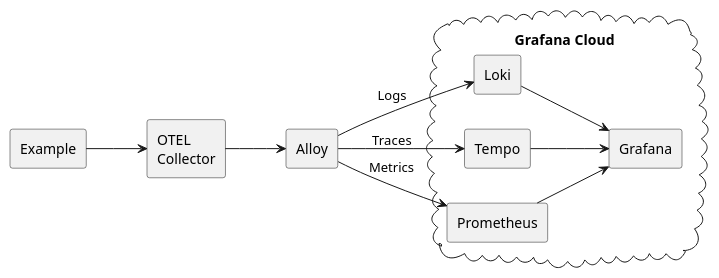
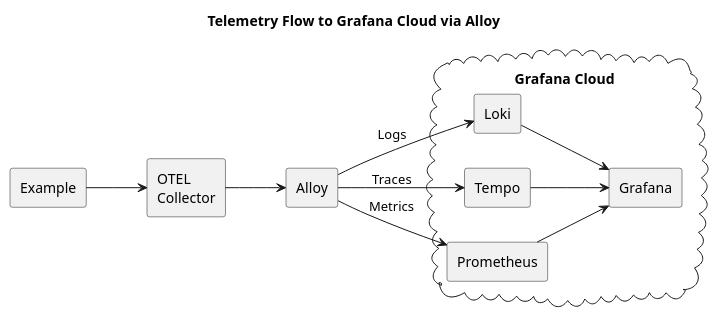
One commit to yolkhovyy/go-otelw changed the diagram in docs/diagrams/grafana-cloud-alloy.puml. Above: the diagram before and after it, drawn with PlantUML. The commit also changed 11 other files, not shown here.

Commit message:
Update diagrams

```diff
--- a/docs/diagrams/grafana-cloud-alloy.puml
+++ b/docs/diagrams/grafana-cloud-alloy.puml
@@ -1,23 +1,24 @@
 @startuml grafana-cloud-alloy
+title Telemetry Flow to Grafana Cloud via Alloy
 left to right direction
 
 agent Example as EX
 agent "OTEL\nCollector" as OC
 agent Alloy as ALY
 cloud "Grafana Cloud" {
     agent Loki
     agent Tempo
     agent Prometheus
     agent Grafana
 }
 
 EX --> OC
 OC --> ALY
 ALY --> Loki: "Logs"
 ALY --> Tempo: "Traces"
 ALY --> Prometheus: "Metrics"
 Loki --> Grafana
 Tempo --> Grafana
 Prometheus --> Grafana
 
 @enduml
```
